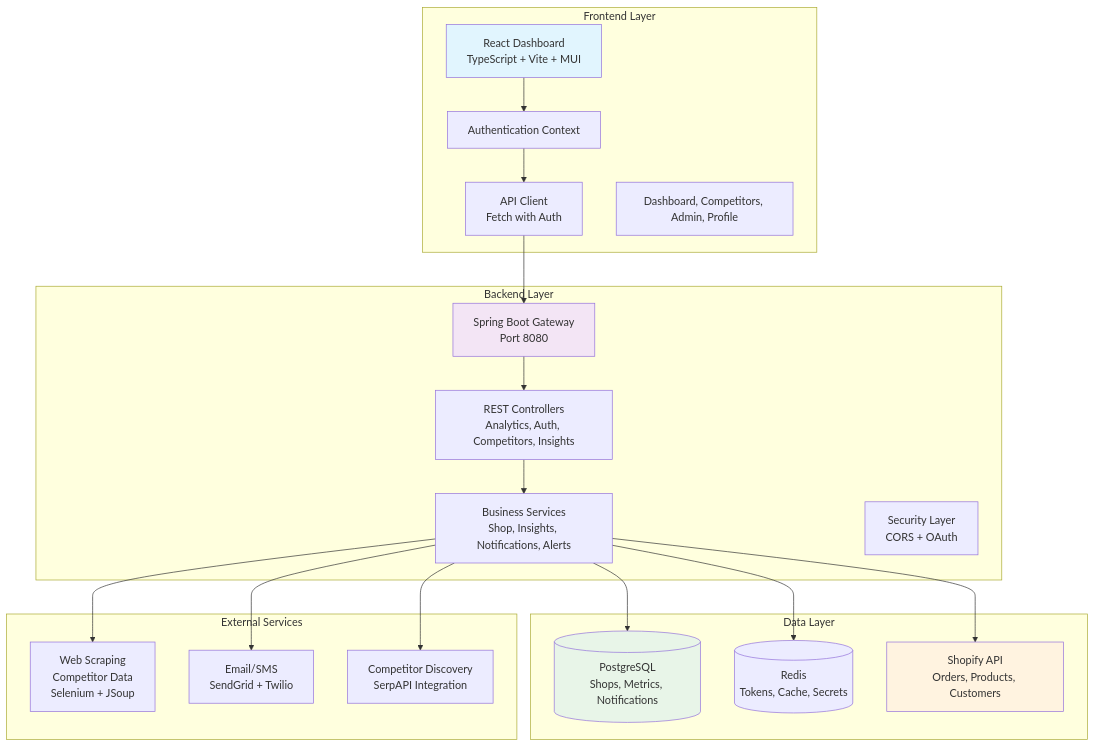
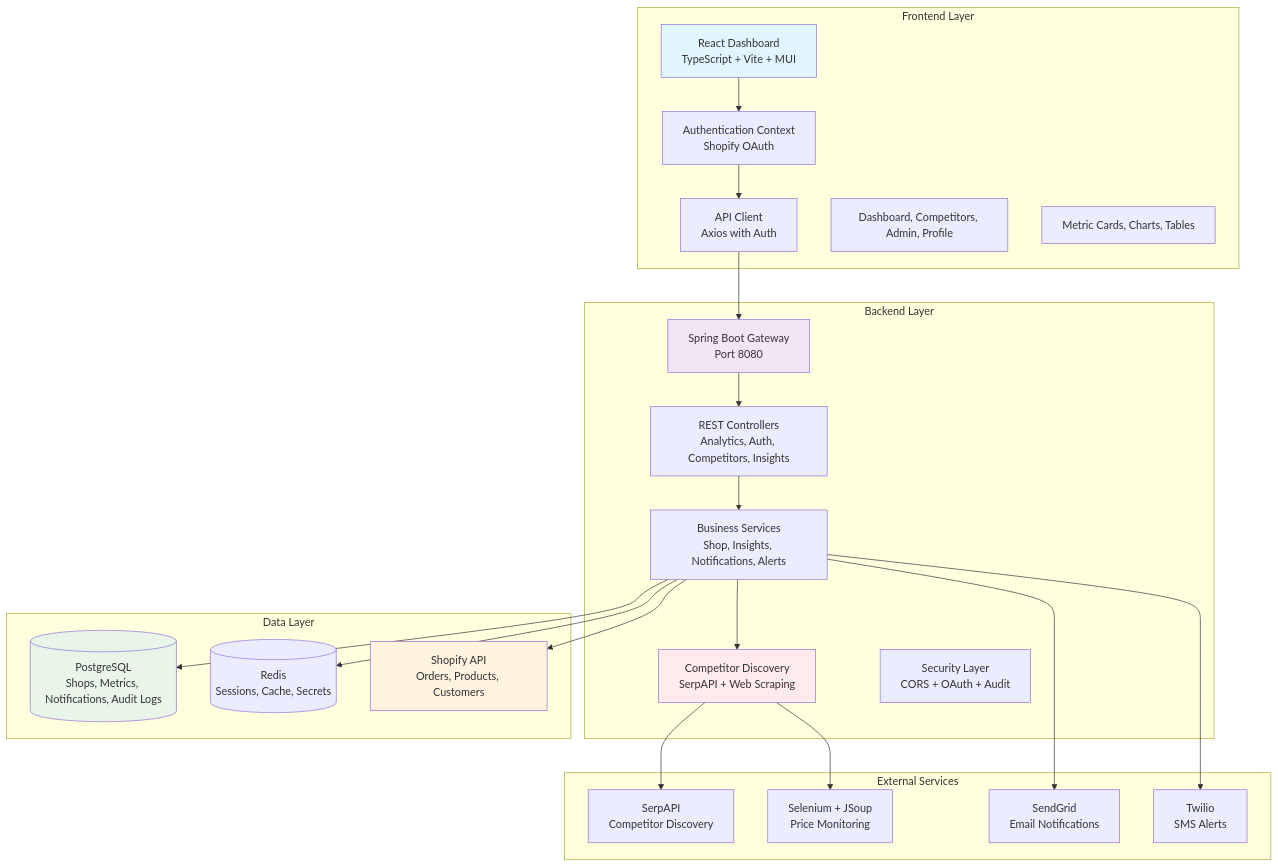
One commit to teja230/storesight changed the first of 3 diagrams in README.md. Above: the diagram before and after it, drawn with Mermaid. The commit also changed other lines of this file and 4 other files, not shown here.

First line of the commit message:
feat: migrate from Redis-based secrets to Render environment variables

````diff
--- a/README.md
+++ b/README.md
@@ -11,45 +47,51 @@
 ```mermaid
 graph TB
     subgraph "Frontend Layer"
         UI[React Dashboard<br/>TypeScript + Vite + MUI]
-        Auth[Authentication Context]
-        API[API Client<br/>Fetch with Auth]
+        Auth[Authentication Context<br/>Shopify OAuth]
+        API[API Client<br/>Axios with Auth]
         Pages[Dashboard, Competitors, Admin, Profile]
+        Components[Metric Cards, Charts, Tables]
     end
     
     subgraph "Backend Layer"
         Gateway[Spring Boot Gateway<br/>Port 8080]
         Controllers[REST Controllers<br/>Analytics, Auth, Competitors, Insights]
         Services[Business Services<br/>Shop, Insights, Notifications, Alerts]
-        Security[Security Layer<br/>CORS + OAuth]
+        Discovery[Competitor Discovery<br/>SerpAPI + Web Scraping]
+        Security[Security Layer<br/>CORS + OAuth + Audit]
     end
     
     subgraph "Data Layer"
-        PostgreSQL[(PostgreSQL<br/>Shops, Metrics, Notifications)]
-        Redis[(Redis<br/>Tokens, Cache, Secrets)]
+        PostgreSQL[(PostgreSQL<br/>Shops, Metrics, Notifications, Audit Logs)]
+        Redis[(Redis<br/>Sessions, Cache, Secrets)]
         Shopify[Shopify API<br/>Orders, Products, Customers]
     end
     
     subgraph "External Services"
-        Competitors[Web Scraping<br/>Competitor Data<br/>Selenium + JSoup]
-        Notifications[Email/SMS<br/>SendGrid + Twilio]
-        Discovery[Competitor Discovery<br/>SerpAPI Integration]
+        SerpAPI[SerpAPI<br/>Competitor Discovery]
+        SendGrid[SendGrid<br/>Email Notifications]
+        Twilio[Twilio<br/>SMS Alerts]
+        WebScraping[Selenium + JSoup<br/>Price Monitoring]
     end
     
     UI --> Auth
     Auth --> API
     API --> Gateway
     Gateway --> Controllers
     Controllers --> Services
     Services --> PostgreSQL
     Services --> Redis
     Services --> Shopify
-    Services --> Competitors
-    Services --> Notifications
     Services --> Discovery
+    Discovery --> SerpAPI
+    Discovery --> WebScraping
+    Services --> SendGrid
+    Services --> Twilio
     
     style UI fill:#e1f5fe
     style Gateway fill:#f3e5f5
     style PostgreSQL fill:#e8f5e8
     style Shopify fill:#fff3e0
-``` 
+    style Discovery fill:#ffebee
+```
````
